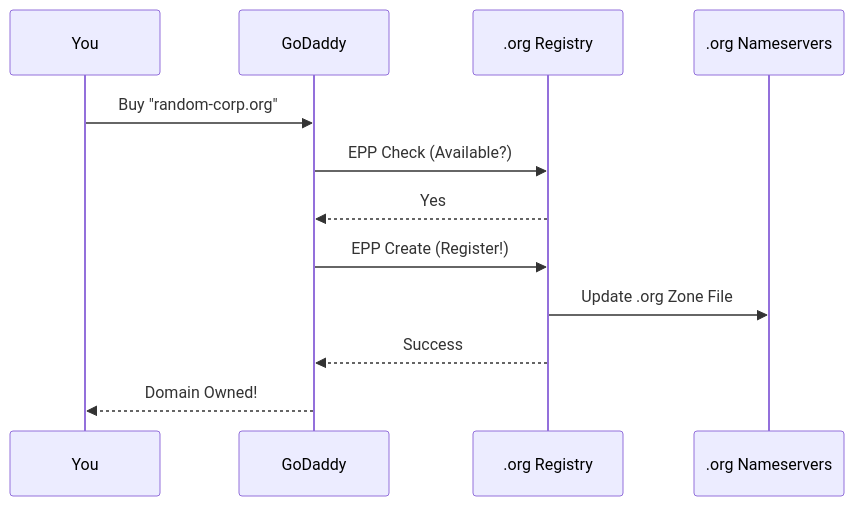
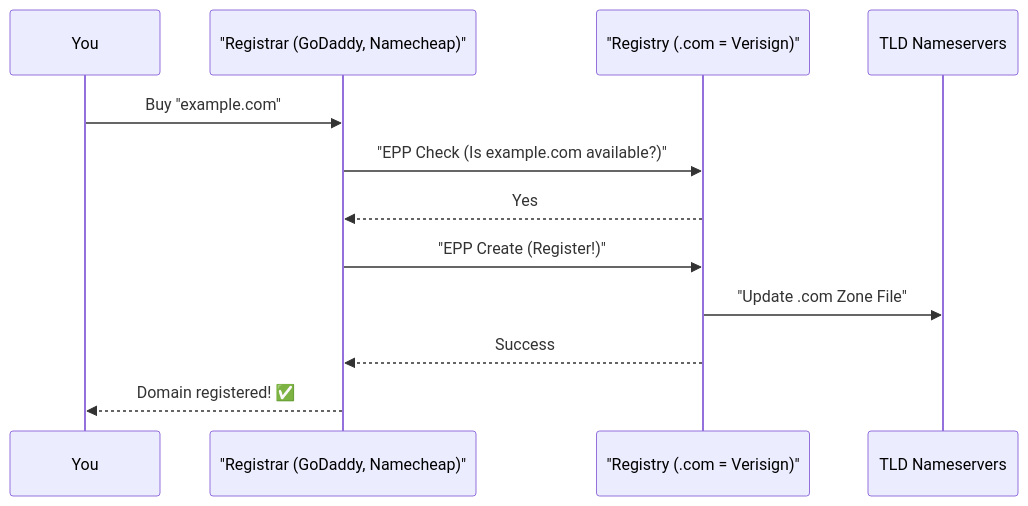
Before and after one commit to Anmol33/SystemDesign: the fourth of 6 diagrams in networking/08_dns_deep_dive.md, drawn with Mermaid. The commit also changed other lines of this file and 7 other files, not shown here.

````diff
--- a/networking/08_dns_deep_dive.md
+++ b/networking/08_dns_deep_dive.md
@@ -58,15 +378,15 @@
 ```mermaid
 sequenceDiagram
-    participant User as You
-    participant Registrar as GoDaddy
-    participant Registry as .org Registry
-    participant TLD as .org Nameservers
+    participant You
+    participant Registrar as "Registrar (GoDaddy, Namecheap)"
+    participant Registry as "Registry (.com = Verisign)"
+    participant TLD as TLD Nameservers
     
-    User->>Registrar: Buy "random-corp.org"
-    Registrar->>Registry: EPP Check (Available?)
+    You->>Registrar: Buy "example.com"
+    Registrar->>Registry: "EPP Check (Is example.com available?)"
     Registry-->>Registrar: Yes
-    Registrar->>Registry: EPP Create (Register!)
-    Registry->>TLD: Update .org Zone File
+    Registrar->>Registry: "EPP Create (Register!)"
+    Registry->>TLD: "Update .com Zone File"
     Registry-->>Registrar: Success
-    Registrar-->>User: Domain Owned!
+    Registrar-->>You: Domain registered! ✅
 ```
````
